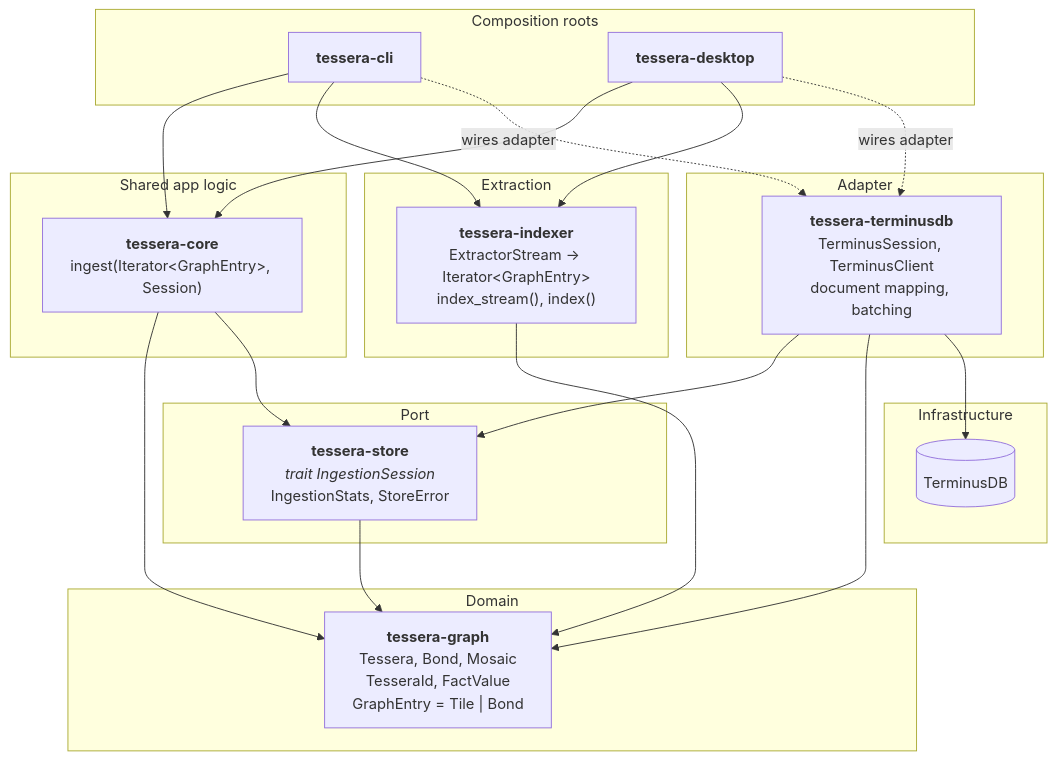
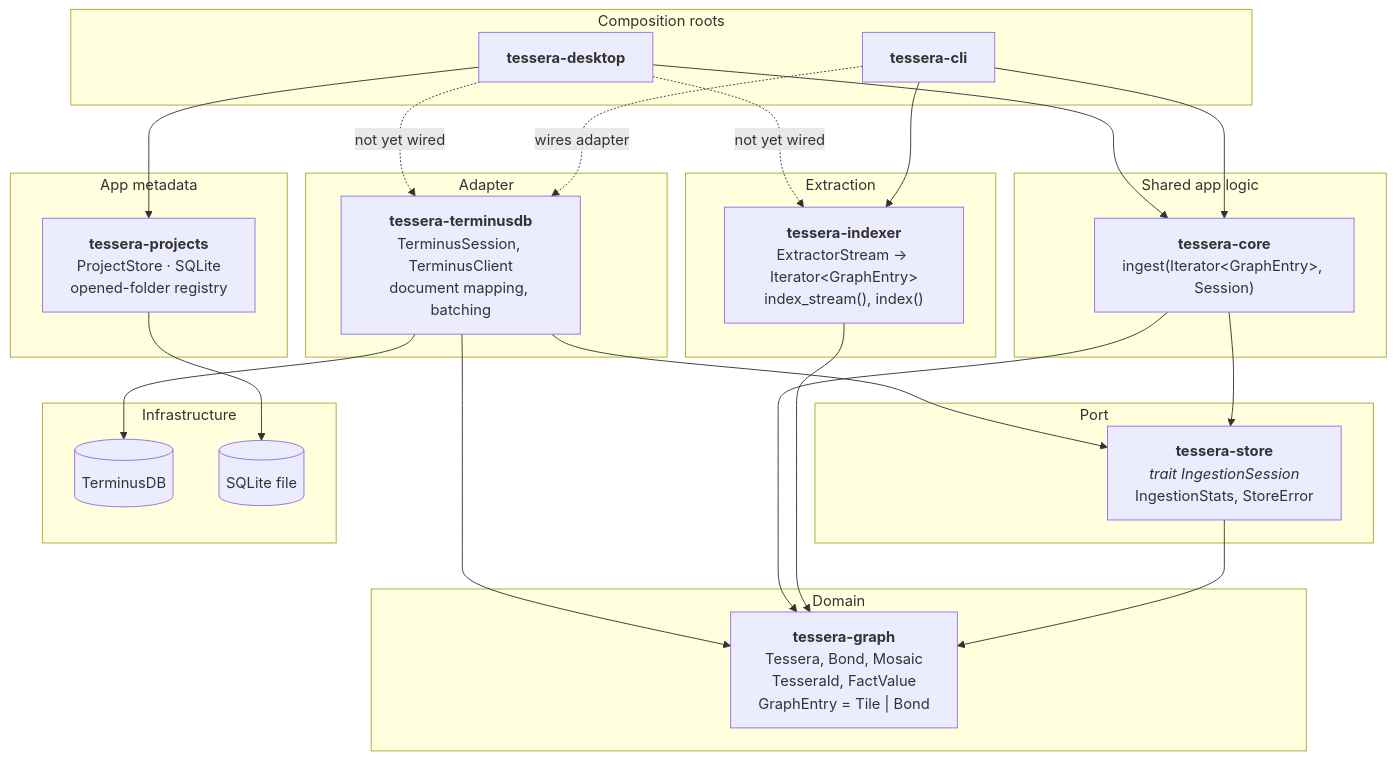
One commit to bluebird-labs/tessera changed the first of 4 diagrams in ARCHITECTURE.md. Above: the diagram before and after it, drawn with Mermaid. The commit also changed other lines of this file and 2 other files, not shown here.

First paragraph of the commit message:
docs: resync CLAUDE.md, README, and ARCHITECTURE with the workspace (#23)
The docs drifted after the store/adapter split (#4, #6) and the desktop
and site work that followed. This brings them back in line with the
code.

````diff
--- a/ARCHITECTURE.md
+++ b/ARCHITECTURE.md
@@ -5,47 +5,54 @@
 ```mermaid
 graph TB
     subgraph "Domain"
         GRAPH["<b>tessera-graph</b><br/>Tessera, Bond, Mosaic<br/>TesseraId, FactValue<br/>GraphEntry = Tile | Bond"]
     end
 
     subgraph "Port"
         STORE["<b>tessera-store</b><br/><i>trait IngestionSession</i><br/>IngestionStats, StoreError"]
     end
 
     subgraph "Shared app logic"
         CORE["<b>tessera-core</b><br/>ingest(Iterator&lt;GraphEntry&gt;, Session)"]
     end
 
     subgraph "Extraction"
         IDX["<b>tessera-indexer</b><br/>ExtractorStream → Iterator&lt;GraphEntry&gt;<br/>index_stream(), index()"]
     end
 
     subgraph "Adapter"
         TDB["<b>tessera-terminusdb</b><br/>TerminusSession, TerminusClient<br/>document mapping, batching"]
     end
 
+    subgraph "App metadata"
+        PROJ["<b>tessera-projects</b><br/>ProjectStore · SQLite<br/>opened-folder registry"]
+    end
+
     subgraph "Composition roots"
         CLI["<b>tessera-cli</b>"]
         DESK["<b>tessera-desktop</b>"]
     end
 
     subgraph "Infrastructure"
         DB[(TerminusDB)]
+        SQL[(SQLite file)]
     end
 
     STORE --> GRAPH
     IDX --> GRAPH
     CORE --> GRAPH
     CORE --> STORE
     TDB --> STORE
     TDB --> GRAPH
     TDB --> DB
+    PROJ --> SQL
 
     CLI --> CORE
     CLI --> IDX
     CLI -.->|"wires adapter"| TDB
 
     DESK --> CORE
-    DESK --> IDX
-    DESK -.->|"wires adapter"| TDB
+    DESK --> PROJ
+    DESK -.->|"not yet wired"| IDX
+    DESK -.->|"not yet wired"| TDB
 ```
````
